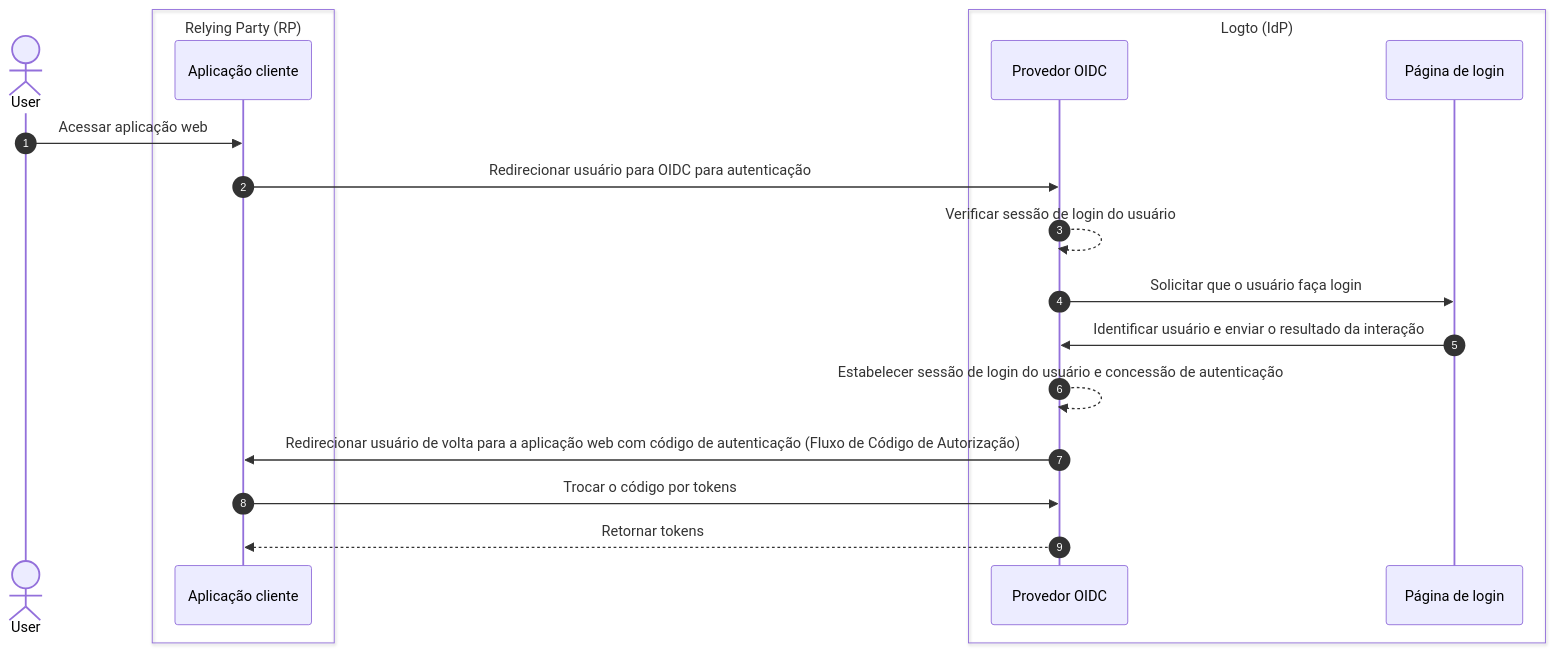
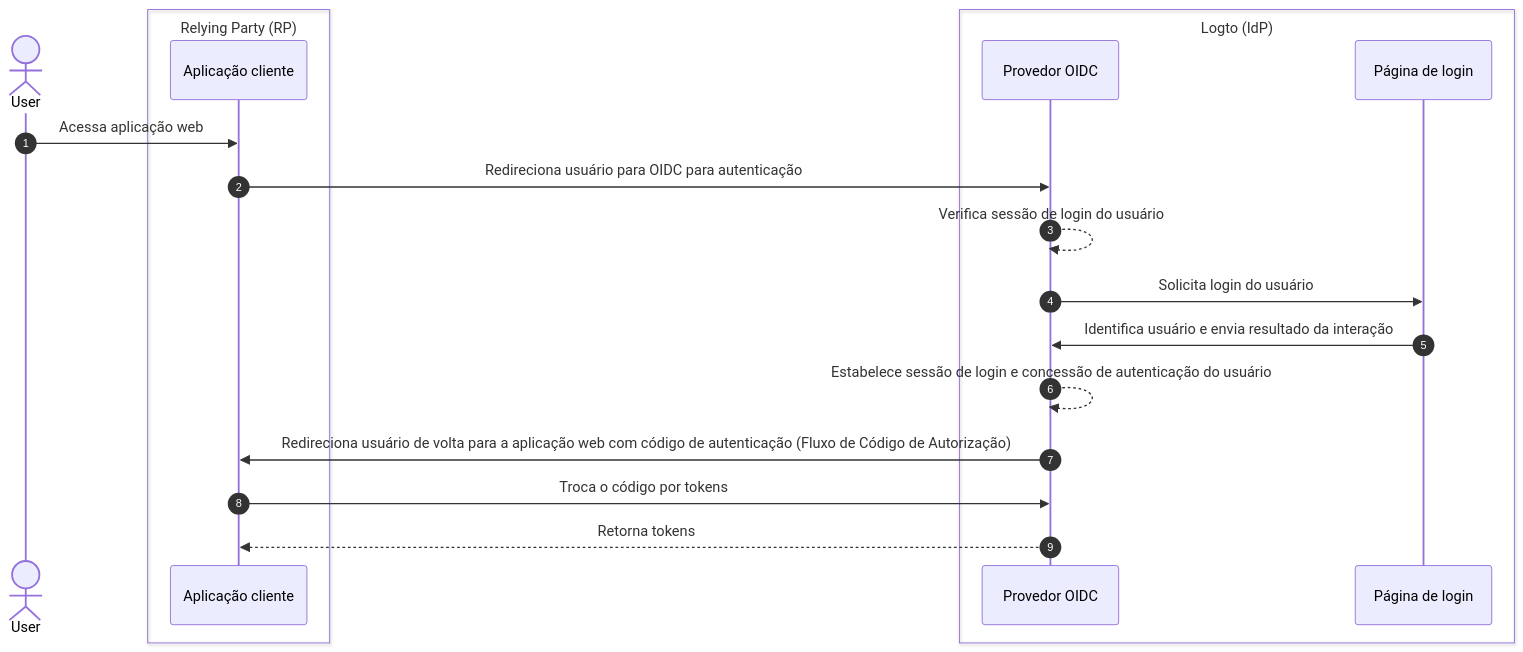
The first of 3 diagrams in i18n/pt-BR/docusaurus-plugin-content-docs/current/end-user-flows/sign-out.mdx (logto-io/docs), drawn with Mermaid before and after one commit. The commit also changed other lines of this file and 137 other files, not shown here.

````diff
--- a/i18n/pt-BR/docusaurus-plugin-content-docs/current/end-user-flows/sign-out.mdx
+++ b/i18n/pt-BR/docusaurus-plugin-content-docs/current/end-user-flows/sign-out.mdx
@@ -13,24 +13,24 @@
 ```mermaid
   sequenceDiagram
     autonumber
     actor User
 
     box Relying Party (RP)
       participant Client as Aplicação cliente
     end
 
     box Logto (IdP)
       participant OIDC as Provedor OIDC
       participant SignIn as Página de login
     end
 
-    User ->> Client: Acessar aplicação web
-    Client ->> OIDC: Redirecionar usuário para OIDC para autenticação
-    OIDC -->> OIDC: Verificar sessão de login do usuário
-    OIDC ->> SignIn: Solicitar que o usuário faça login
-    SignIn ->> OIDC: Identificar usuário e enviar o resultado da interação
-    OIDC -->> OIDC: Estabelecer sessão de login do usuário e concessão de autenticação
-    OIDC ->> Client: Redirecionar usuário de volta para a aplicação web com código de autenticação (Fluxo de Código de Autorização)
-    Client ->> OIDC: Trocar o código por tokens
-    OIDC -->> Client: Retornar tokens
+    User ->> Client: Acessa aplicação web
+    Client ->> OIDC: Redireciona usuário para OIDC para autenticação
+    OIDC -->> OIDC: Verifica sessão de login do usuário
+    OIDC ->> SignIn: Solicita login do usuário
+    SignIn ->> OIDC: Identifica usuário e envia resultado da interação
+    OIDC -->> OIDC: Estabelece sessão de login e concessão de autenticação do usuário
+    OIDC ->> Client: Redireciona usuário de volta para a aplicação web com código de autenticação (Fluxo de Código de Autorização)
+    Client ->> OIDC: Troca o código por tokens
+    OIDC -->> Client: Retorna tokens
 ```
````
